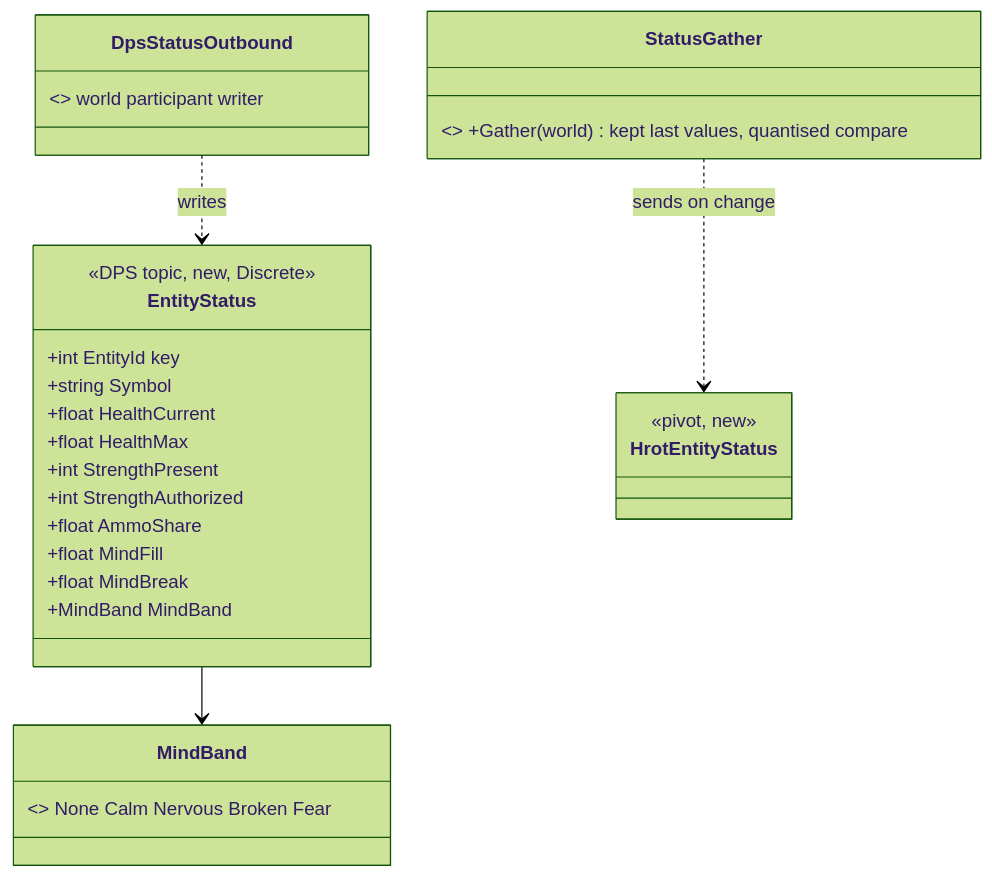
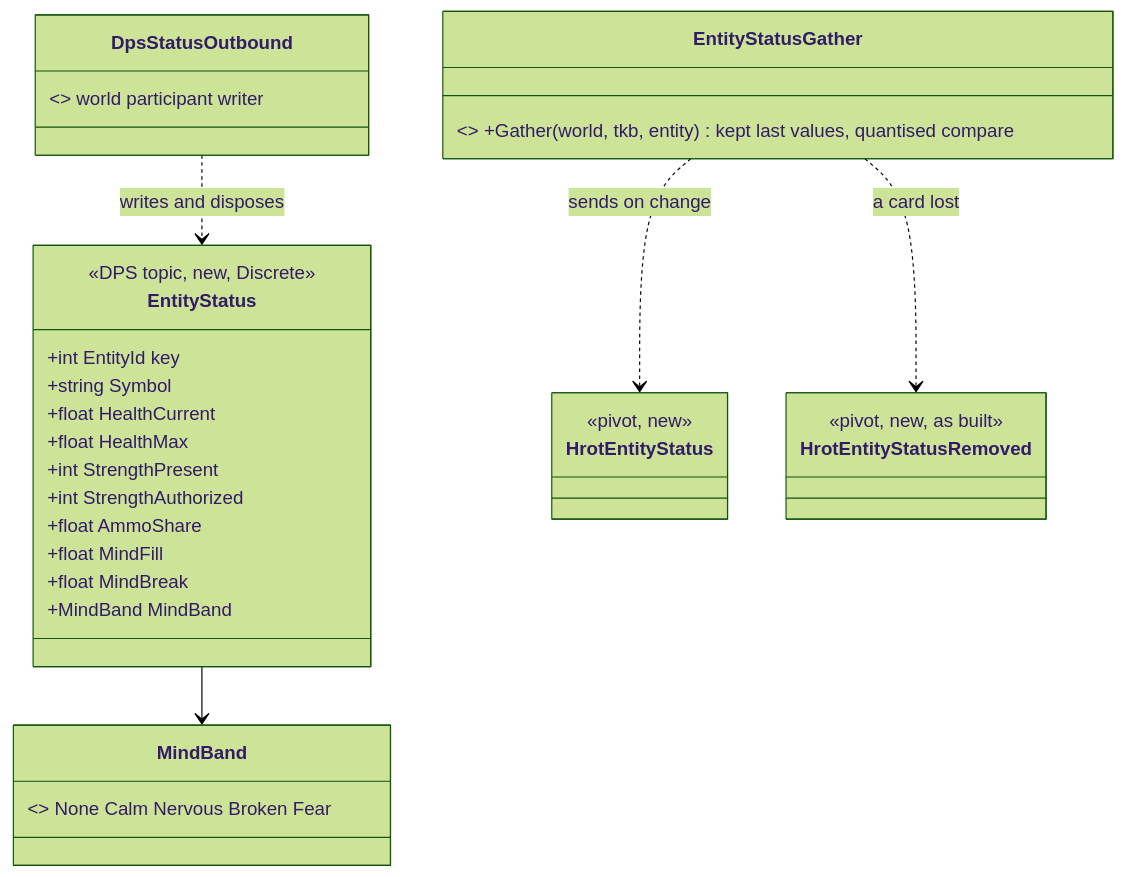
One commit to pjanec/SimNetGateway changed the second of 3 diagrams in docs/design/DD-025-Dps-Entity-Status.md. Above: the diagram before and after it, drawn with Mermaid (forest theme). The commit also changed other lines of this file and 25 other files, not shown here.

````diff
--- a/docs/design/DD-025-Dps-Entity-Status.md
+++ b/docs/design/DD-025-Dps-Entity-Status.md
@@ -59,23 +59,25 @@
 ```mermaid
 classDiagram
     class EntityStatus {
         <<DPS topic, new, Discrete>>
         +int EntityId key
         +string Symbol
         +float HealthCurrent
         +float HealthMax
         +int StrengthPresent
         +int StrengthAuthorized
         +float AmmoShare
         +float MindFill
         +float MindBreak
         +MindBand MindBand
     }
     class MindBand { <<enum, new>> None Calm Nervous Broken Fear }
-    class StatusGather { <<host, new>> +Gather(world) kept last values, quantised compare }
+    class EntityStatusGather { <<host, new>> +Gather(world, tkb, entity) kept last values, quantised compare }
     class HrotEntityStatus { <<pivot, new>> }
+    class HrotEntityStatusRemoved { <<pivot, new, as built>> }
     class DpsStatusOutbound { <<plugin, new>> world participant writer }
-    StatusGather ..> HrotEntityStatus : sends on change
-    DpsStatusOutbound ..> EntityStatus : writes
+    EntityStatusGather ..> HrotEntityStatus : sends on change
+    EntityStatusGather ..> HrotEntityStatusRemoved : a card lost
+    DpsStatusOutbound ..> EntityStatus : writes and disposes
     EntityStatus --> MindBand
 ```
````
